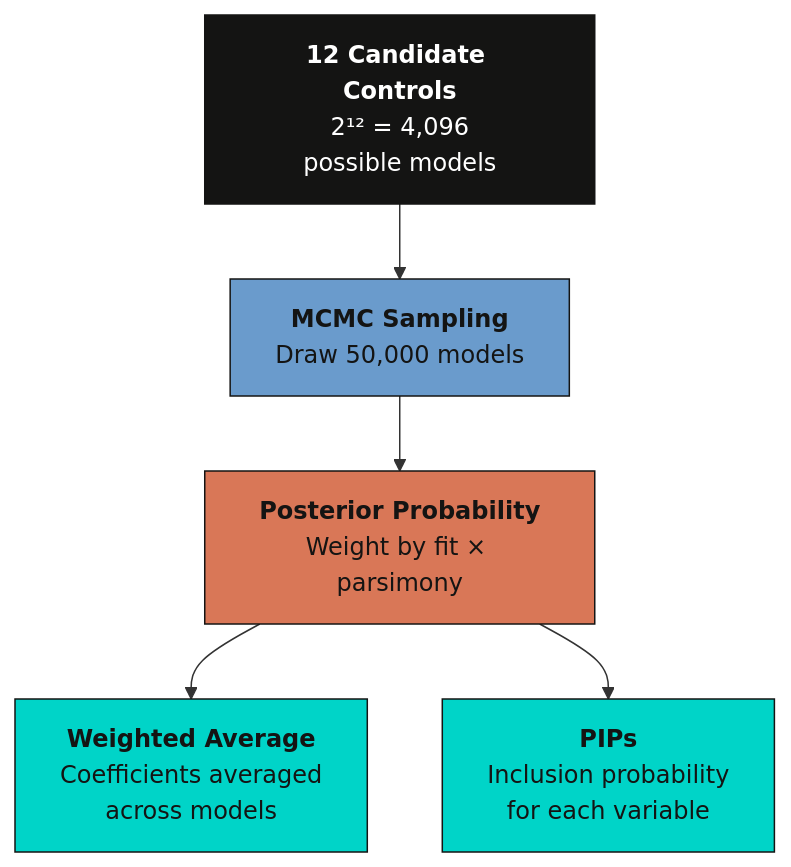
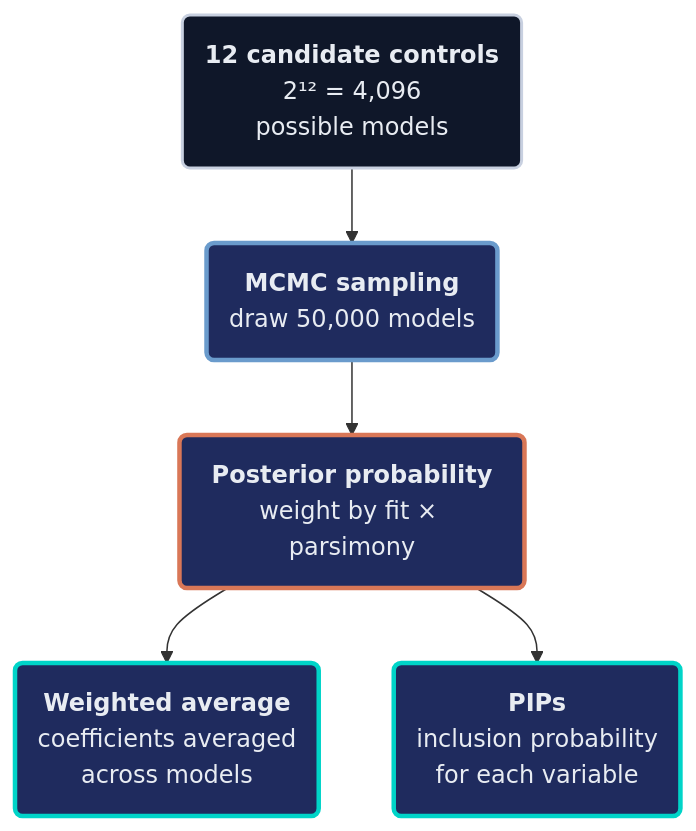
One commit to cmg777/starter-academic-v501 changed the third of 4 diagrams in content/post/stata_bma_dsl/index.md. Above: the diagram before and after it, drawn with Mermaid. The commit also changed other lines of this file and 13 other files, not shown here.

First line of the commit message:
content(mermaid): restyle flowcharts in Stata posts, batch 1 of 2

````diff
--- a/content/post/stata_bma_dsl/index.md
+++ b/content/post/stata_bma_dsl/index.md
@@ -509,13 +514,15 @@
 ```mermaid
 graph TD
-    Start["<b>12 Candidate Controls</b><br/>2¹² = 4,096<br/>possible models"] --> MCMC["<b>MCMC Sampling</b><br/>Draw 50,000 models"]
-    MCMC --> Post["<b>Posterior Probability</b><br/>Weight by fit × parsimony"]
-    Post --> Avg["<b>Weighted Average</b><br/>Coefficients averaged<br/>across models"]
-    Post --> PIP["<b>PIPs</b><br/>Inclusion probability<br/>for each variable"]
-
-    style Start fill:#141413,stroke:#141413,color:#fff
-    style MCMC fill:#6a9bcc,stroke:#141413,color:#141413
-    style Post fill:#d97757,stroke:#141413,color:#141413
-    style Avg fill:#00d4c8,stroke:#141413,color:#141413
-    style PIP fill:#00d4c8,stroke:#141413,color:#141413
+    Start("<b>12 candidate controls</b><br/>2¹² = 4,096<br/>possible models") --> MCMC("<b>MCMC sampling</b><br/>draw 50,000 models")
+    MCMC --> Post("<b>Posterior probability</b><br/>weight by fit × parsimony")
+    Post --> Avg("<b>Weighted average</b><br/>coefficients averaged<br/>across models")
+    Post --> PIP("<b>PIPs</b><br/>inclusion probability<br/>for each variable")
+    classDef anchor fill:#0f1729,stroke:#c8d0e0,stroke-width:2px,color:#e8ecf2
+    classDef blue fill:#1f2b5e,stroke:#6a9bcc,stroke-width:3px,color:#e8ecf2
+    classDef orange fill:#1f2b5e,stroke:#d97757,stroke-width:3px,color:#e8ecf2
+    classDef teal fill:#1f2b5e,stroke:#00d4c8,stroke-width:3px,color:#e8ecf2
+    class Start anchor
+    class MCMC blue
+    class Post orange
+    class Avg,PIP teal
 ```
````
